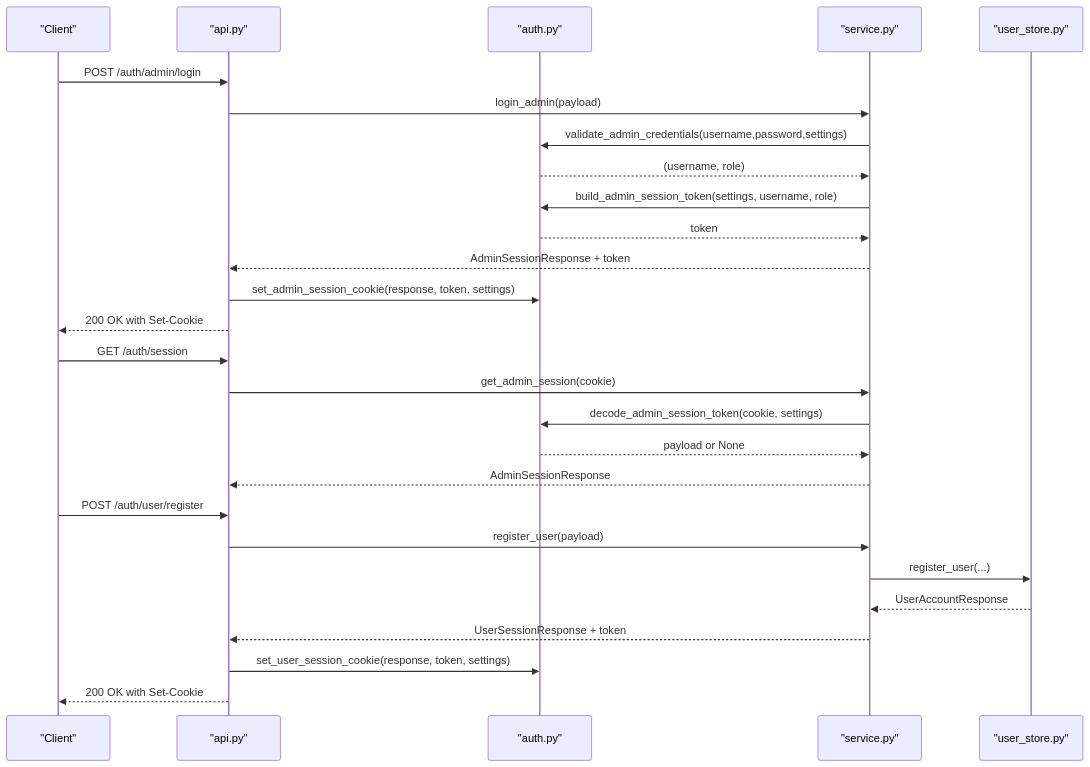
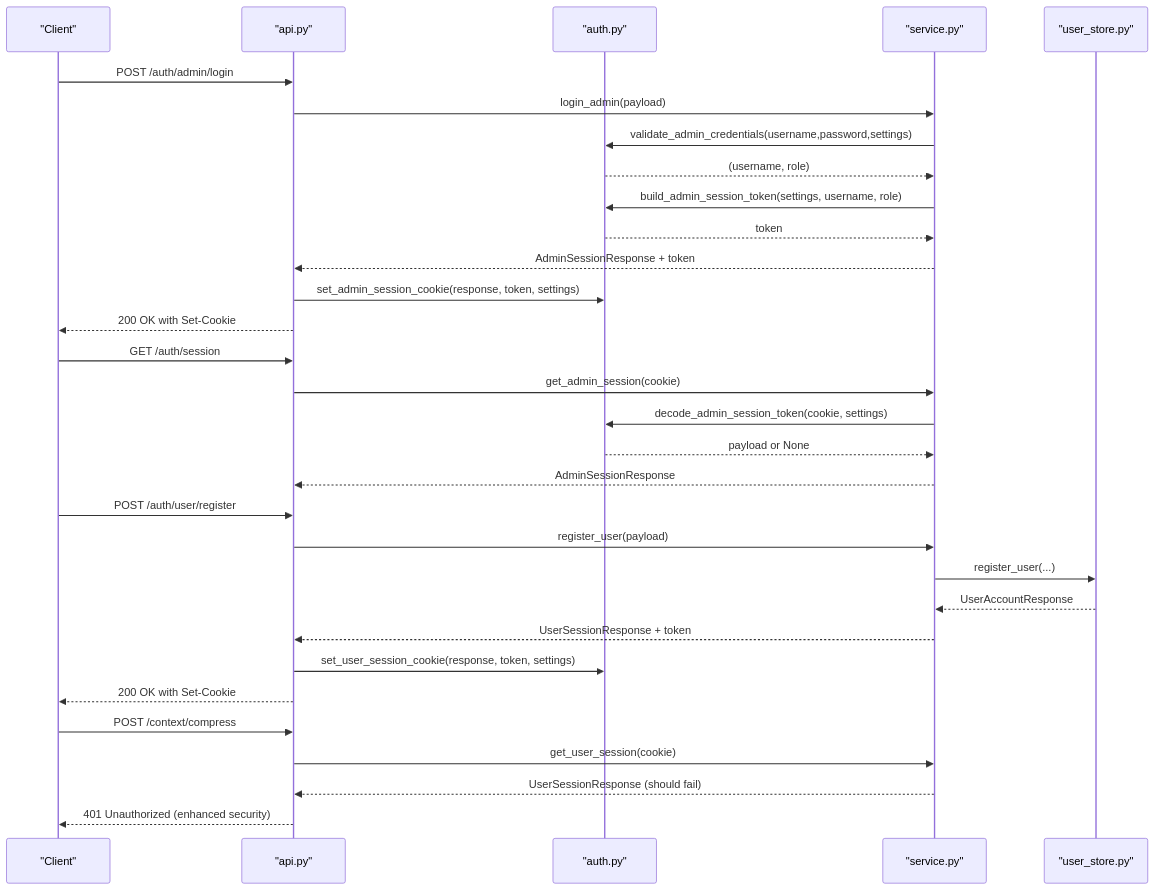
One commit to intellistream/sage-mate changed the second of 8 diagrams in .qoder/repowiki/en/content/Security and Authentication/Security and Authentication.md. Above: the diagram before and after it, drawn with Mermaid. The commit also changed other lines of this file and 121 other files, not shown here.

````diff
--- a/.qoder/repowiki/en/content/Security and Authentication/Security and Authentication.md
+++ b/.qoder/repowiki/en/content/Security and Authentication/Security and Authentication.md
@@ -115,29 +131,33 @@
 ```mermaid
 sequenceDiagram
 participant Client as "Client"
 participant API as "api.py"
 participant Auth as "auth.py"
 participant Svc as "service.py"
 participant Store as "user_store.py"
 Client->>API : POST /auth/admin/login
 API->>Svc : login_admin(payload)
 Svc->>Auth : validate_admin_credentials(username,password,settings)
 Auth-->>Svc : (username, role)
 Svc->>Auth : build_admin_session_token(settings, username, role)
 Auth-->>Svc : token
 Svc-->>API : AdminSessionResponse + token
 API->>Auth : set_admin_session_cookie(response, token, settings)
 API-->>Client : 200 OK with Set-Cookie
 Client->>API : GET /auth/session
 API->>Svc : get_admin_session(cookie)
 Svc->>Auth : decode_admin_session_token(cookie, settings)
 Auth-->>Svc : payload or None
 Svc-->>API : AdminSessionResponse
 Client->>API : POST /auth/user/register
 API->>Svc : register_user(payload)
 Svc->>Store : register_user(...)
 Store-->>Svc : UserAccountResponse
 Svc-->>API : UserSessionResponse + token
 API->>Auth : set_user_session_cookie(response, token, settings)
 API-->>Client : 200 OK with Set-Cookie
+Client->>API : POST /context/compress
+API->>Svc : get_user_session(cookie)
+Svc-->>API : UserSessionResponse (should fail)
+API-->>Client : 401 Unauthorized (enhanced security)
 ```
````
